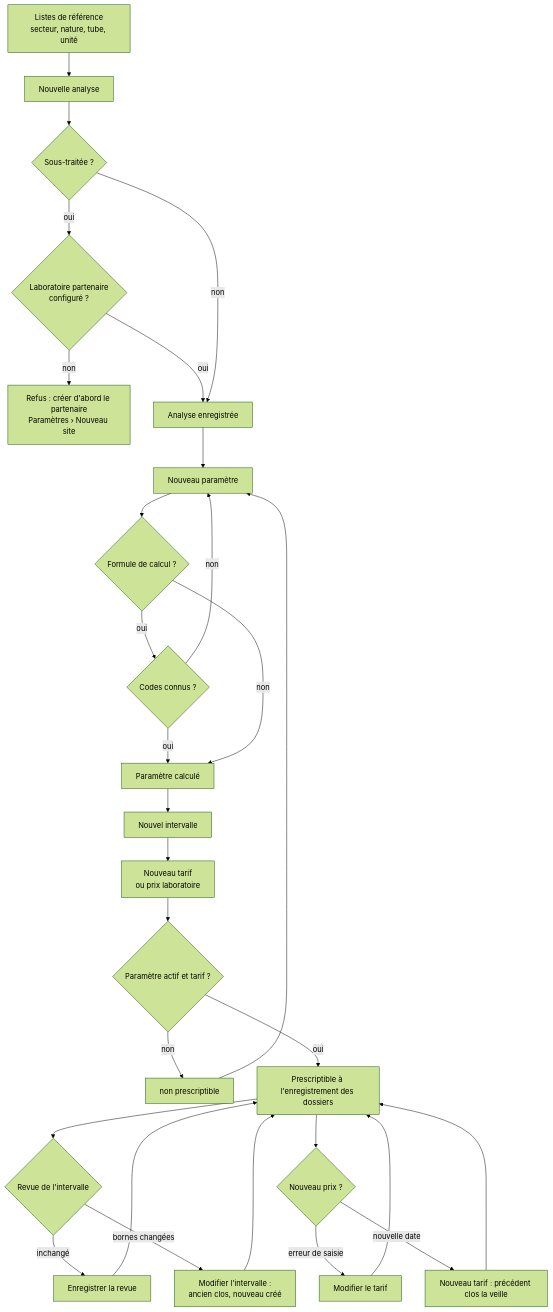
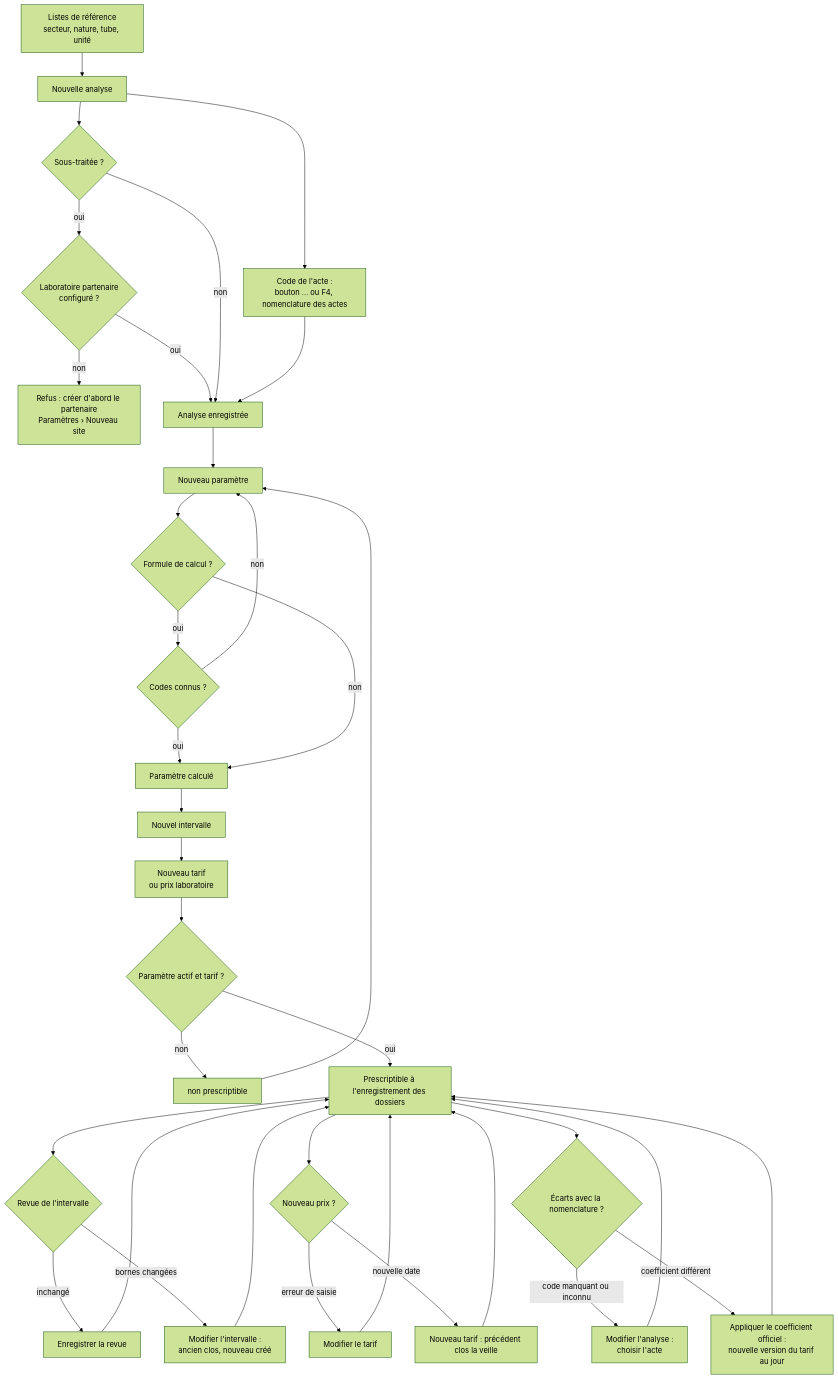
Before and after one commit to J4dJad/MarocLis: the fourth of 7 diagrams in docs/manuel/10-administration.md, drawn with Mermaid (forest theme). The commit also changed other lines of this file and 7 other files, not shown here.

````diff
--- a/docs/manuel/10-administration.md
+++ b/docs/manuel/10-administration.md
@@ -287,26 +444,31 @@
 ```mermaid
 flowchart TD
     A[Listes de référence<br/>secteur, nature, tube, unité] --> B[Nouvelle analyse]
     B --> C{Sous-traitée ?}
     C -- oui --> D{Laboratoire partenaire<br/>configuré ?}
     D -- non --> E[Refus : créer d'abord le partenaire<br/>Paramètres › Nouveau site]
     D -- oui --> F[Analyse enregistrée]
     C -- non --> F
+    B --> NA[Code de l'acte :<br/>bouton … ou F4, nomenclature des actes]
+    NA --> F
     F --> G[Nouveau paramètre]
     G --> H{Formule de calcul ?}
     H -- oui --> I{Codes connus ?}
     I -- non --> G
     I -- oui --> J[Paramètre calculé]
     H -- non --> J
     J --> K[Nouvel intervalle]
     K --> L[Nouveau tarif<br/>ou prix laboratoire]
     L --> M{Paramètre actif et tarif ?}
     M -- non --> N[non prescriptible] --> G
     M -- oui --> O[Prescriptible à l'enregistrement des dossiers]
     O --> P{Revue de l'intervalle}
     P -- inchangé --> Q[Enregistrer la revue] --> O
     P -- bornes changées --> R[Modifier l'intervalle :<br/>ancien clos, nouveau créé] --> O
     O --> S{Nouveau prix ?}
     S -- erreur de saisie --> T[Modifier le tarif] --> O
     S -- nouvelle date --> U[Nouveau tarif : précédent clos la veille] --> O
+    O --> V{Écarts avec la nomenclature ?}
+    V -- code manquant ou inconnu --> W[Modifier l'analyse :<br/>choisir l'acte] --> O
+    V -- coefficient différent --> X[Appliquer le coefficient officiel :<br/>nouvelle version du tarif au jour] --> O
 ```
````
